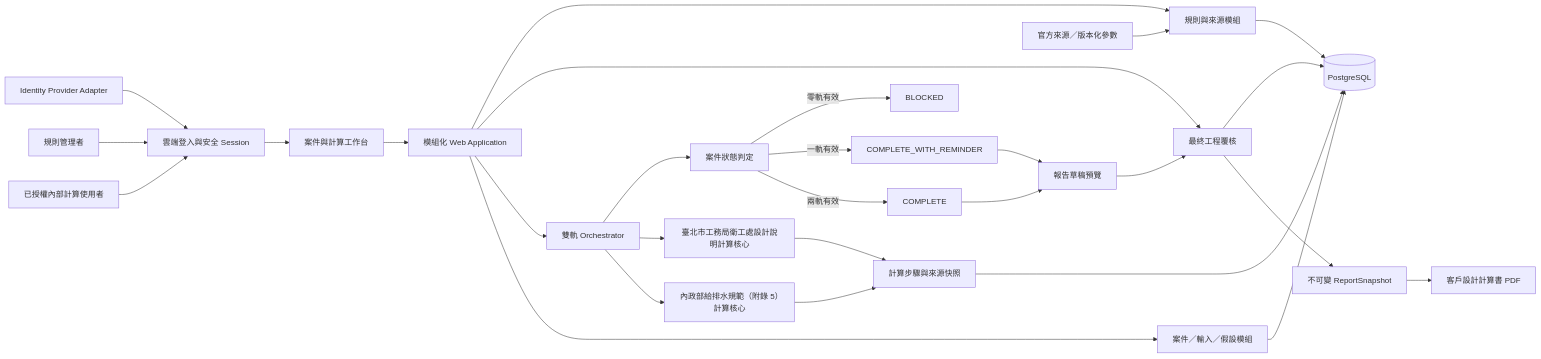
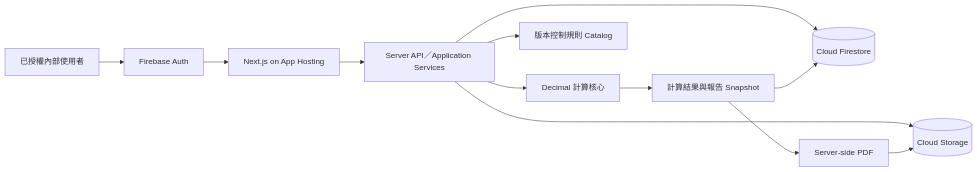
The diagram in ai-doc/project_overview.md (jedchang0308-jenfu/Grease-Trap-Design-System), drawn with Mermaid before and after one commit. The commit also changed other lines of this file and 70 other files, not shown here.

Commit message:
refactor: move persistence and auth to Firebase

````diff
--- a/ai-doc/project_overview.md
+++ b/ai-doc/project_overview.md
@@ -21,35 +20,14 @@
 ```mermaid
 flowchart LR
-    U["已授權內部計算使用者"] --> NET["雲端登入與安全 Session"]
-    RA["規則管理者"] --> NET
-
-    NET --> UI["案件與計算工作台"]
-
-    UI --> APP["模組化 Web Application"]
-    APP --> CASE["案件／輸入／假設模組"]
-    APP --> ORCH["雙軌 Orchestrator"]
-    APP --> REVIEW["覆核／核發模組"]
-    APP --> ADMIN["規則與來源模組"]
-
-    ORCH --> CUR["內政部給排水規範（附錄 5）計算核心"]
-    ORCH --> LEG["臺北市工務局衛工處設計說明計算核心"]
-    CUR --> TRACE["計算步驟與來源快照"]
-    LEG --> TRACE
-    ORCH --> GATE["案件狀態判定"]
-    GATE -->|"兩軌有效"| COMPLETE["COMPLETE"]
-    GATE -->|"一軌有效"| REMIND["COMPLETE_WITH_REMINDER"]
-    GATE -->|"零軌有效"| BLOCK["BLOCKED"]
-
-    COMPLETE --> DRAFT_REPORT["報告草稿預覽"]
-    REMIND --> DRAFT_REPORT
-    DRAFT_REPORT --> REVIEW["最終工程覆核"]
-    REVIEW --> SNAP["不可變 ReportSnapshot"]
-    SNAP --> PDF["客戶設計計算書 PDF"]
-
-    CASE --> DB[("PostgreSQL")]
-    TRACE --> DB
-    ADMIN --> DB
-    REVIEW --> DB
-    SRC["官方來源／版本化參數"] --> ADMIN
-    AUTH["Identity Provider Adapter"] --> NET
+    U["已授權內部使用者"] --> AUTH["Firebase Auth"]
+    AUTH --> APP["Next.js on App Hosting"]
+    APP --> API["Server API／Application Services"]
+    API --> CALC["Decimal 計算核心"]
+    API --> RULE["版本控制規則 Catalog"]
+    API --> FS[("Cloud Firestore")]
+    API --> STORE[("Cloud Storage")]
+    CALC --> SNAP["計算結果與報告 Snapshot"]
+    SNAP --> FS
+    SNAP --> PDF["Server-side PDF"]
+    PDF --> STORE
 ```
````
